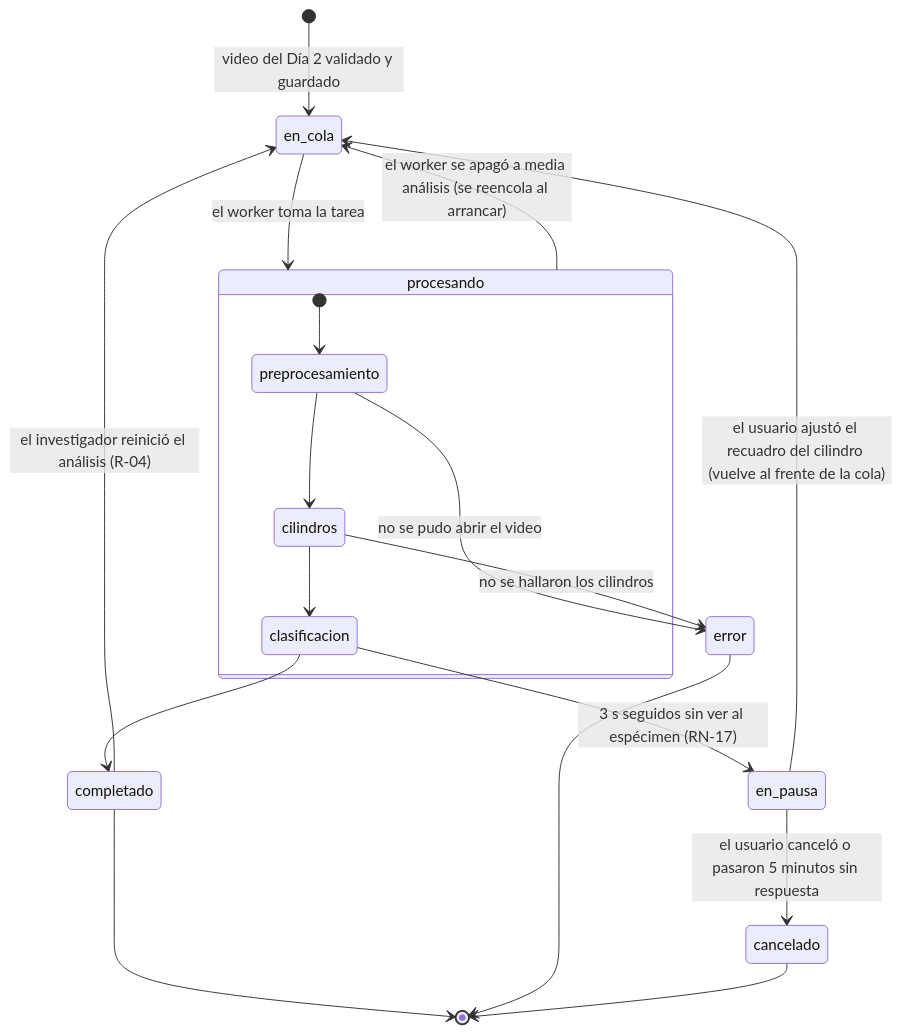
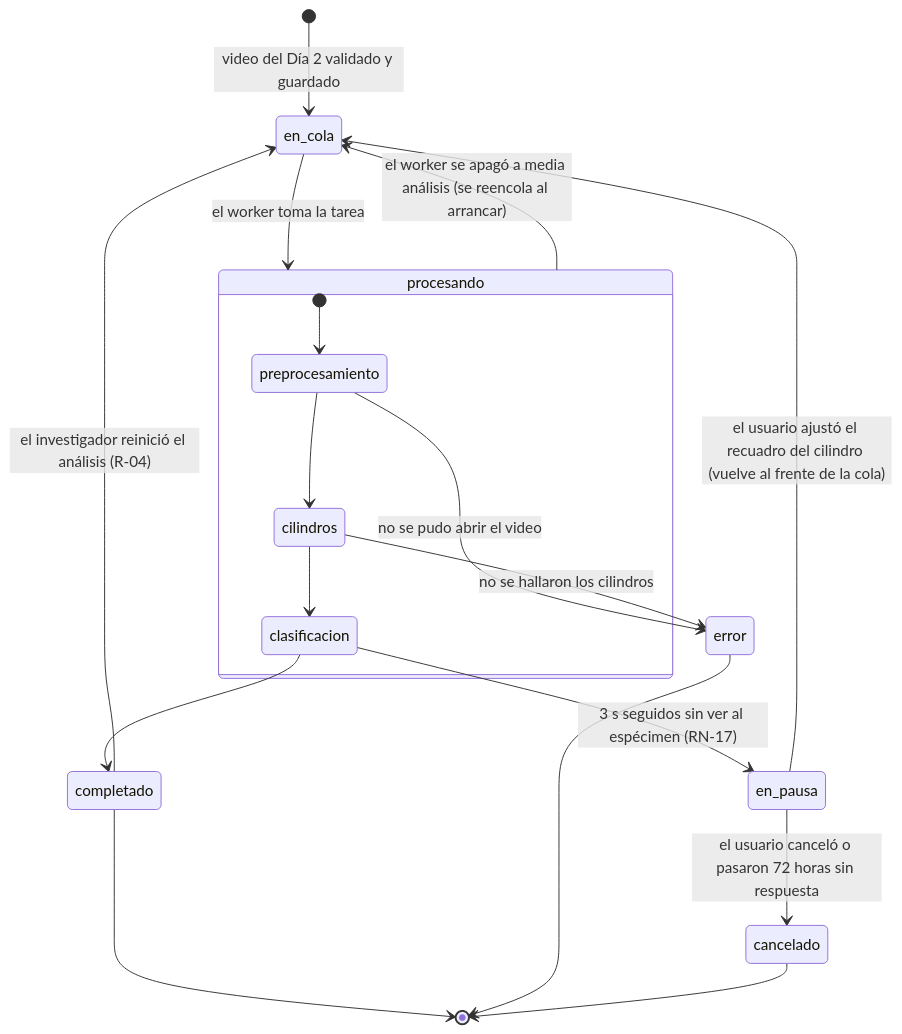
The second of 40 diagrams in INSTRUCCIONES-WEB.md (ErickJester/fst-ai-system-latex), drawn with Mermaid before and after one commit. The commit also changed other lines of this file and 34 other files, not shown here.

First line of the commit message:
Pausa de 72 horas sin guardar el motivo de cancelacion (D-112), boton No se ve en la revision (D-113), D-107 confirmada e imagenes regeneradas

````diff
--- a/INSTRUCCIONES-WEB.md
+++ b/INSTRUCCIONES-WEB.md
@@ -368,21 +371,21 @@
 ```mermaid
 stateDiagram-v2
   [*] --> en_cola: video del Día 2 validado y guardado
   en_cola --> procesando: el worker toma la tarea
   state procesando {
     [*] --> preprocesamiento
     preprocesamiento --> cilindros
     cilindros --> clasificacion
   }
   preprocesamiento --> error: no se pudo abrir el video
   cilindros --> error: no se hallaron los cilindros
   clasificacion --> completado
   clasificacion --> en_pausa: 3 s seguidos sin ver al espécimen (RN-17)
   en_pausa --> en_cola: el usuario ajustó el recuadro del cilindro (vuelve al frente de la cola)
-  en_pausa --> cancelado: el usuario canceló o pasaron 5 minutos sin respuesta
+  en_pausa --> cancelado: el usuario canceló o pasaron 72 horas sin respuesta
   procesando --> en_cola: el worker se apagó a media análisis (se reencola al arrancar)
   completado --> en_cola: el investigador reinició el análisis (R-04)
   completado --> [*]
   error --> [*]
   cancelado --> [*]
 ```
````
